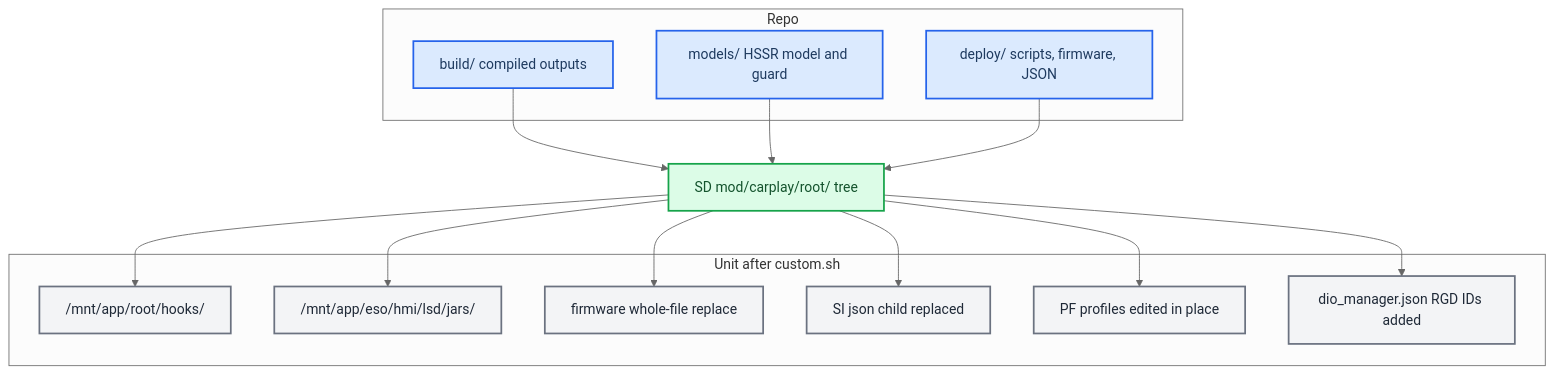
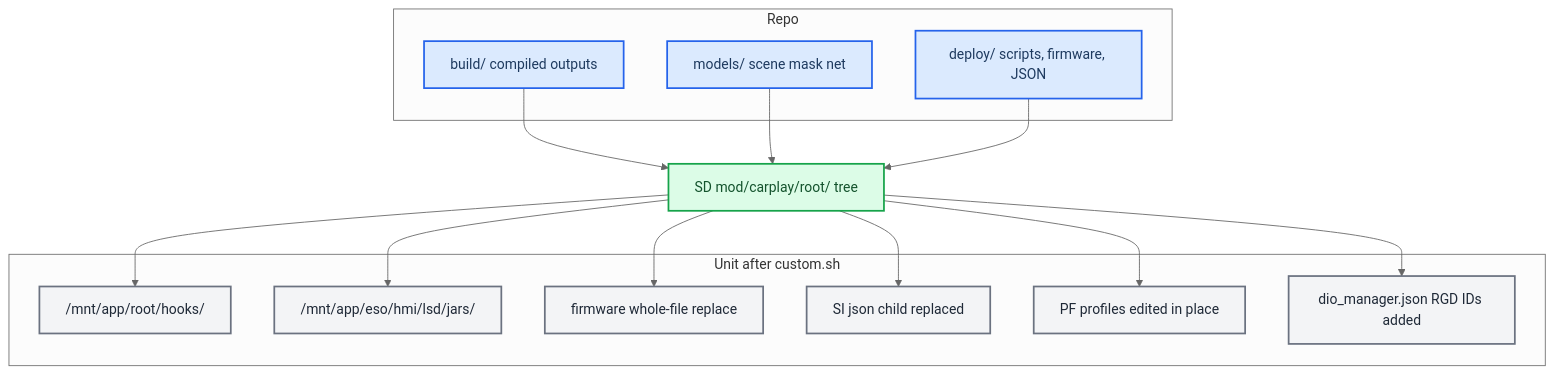
Before and after one commit to luka-dev/mib2q-carplay-rgi: the first of 2 diagrams in docs/build-and-deploy/DEPLOY_AND_RELEASE.md, drawn with Mermaid (neutral theme). The commit also changed other lines of this file and 1105 other files, not shown here.

First line of the commit message:
audio: retire the HSSR Universal upmix, SCENE is the only renderer

````diff
--- a/docs/build-and-deploy/DEPLOY_AND_RELEASE.md
+++ b/docs/build-and-deploy/DEPLOY_AND_RELEASE.md
@@ -17,39 +17,39 @@
 ```mermaid
 flowchart TB
   accTitle: Source folders to on-unit paths
   accDescr: The build, models and deploy folders are staged by prepare_install.sh into mod/carplay/root on the SD card. custom.sh copies that tree onto the unit's root, then patches the SI json, the PF profiles and dio_manager.json in place.
 
   subgraph repo_side [Repo]
     build_dir["build/ compiled outputs"]
-    models_dir["models/ HSSR model and guard"]
+    models_dir["models/ scene mask net"]
     deploy_dir["deploy/ scripts, firmware, JSON"]
   end
 
   stage["SD mod/carplay/root/ tree"]
 
   subgraph unit_side [Unit after custom.sh]
     hooks["/mnt/app/root/hooks/"]
     jars["/mnt/app/eso/hmi/lsd/jars/"]
     fw["firmware whole-file replace"]
     si_json["SI json child replaced"]
     pf_rules["PF profiles edited in place"]
     dio_json["dio_manager.json RGD IDs added"]
   end
 
   build_dir --> stage
   models_dir --> stage
   deploy_dir --> stage
   stage --> hooks
   stage --> jars
   stage --> fw
   stage --> si_json
   stage --> pf_rules
   stage --> dio_json
 
   classDef primary fill:#dbeafe,stroke:#2563eb,stroke-width:2px,color:#1e3a5f
   classDef success fill:#dcfce7,stroke:#16a34a,stroke-width:2px,color:#14532d
   classDef neutral fill:#f3f4f6,stroke:#6b7280,stroke-width:2px,color:#1f2937
   class build_dir,models_dir,deploy_dir primary
   class stage success
   class hooks,jars,fw,si_json,pf_rules,dio_json neutral
 ```
````
